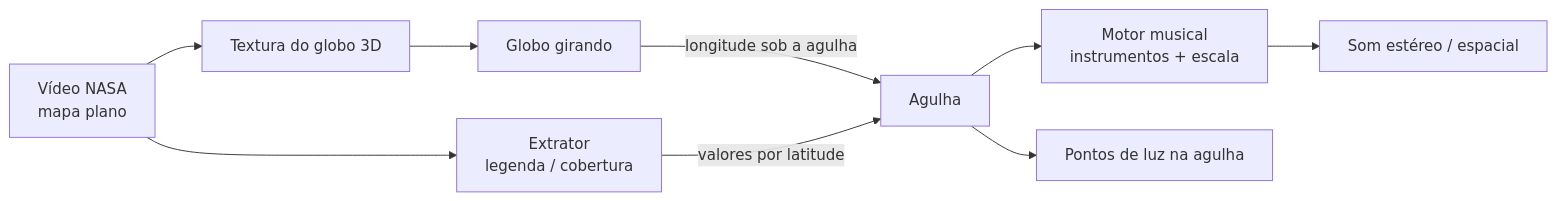
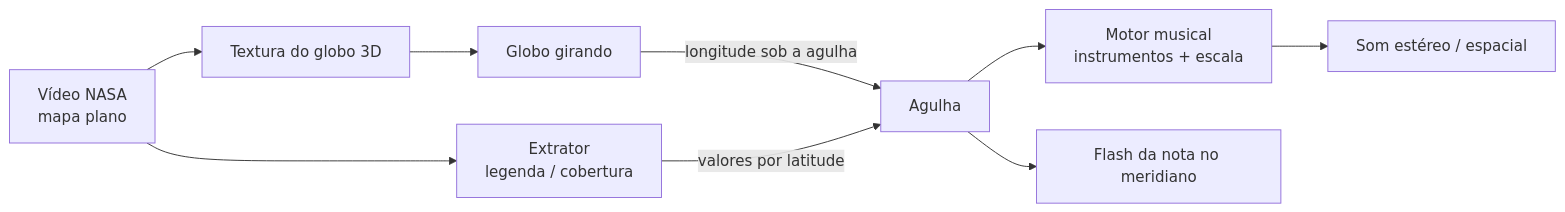
The diagram in docs/direcionamento.md (eluaden/earth-jukebox), drawn with Mermaid before and after one commit. The commit also changed other lines of this file and 31 other files, not shown here.

````diff
--- a/docs/direcionamento.md
+++ b/docs/direcionamento.md
@@ -23,11 +23,11 @@
 ```mermaid
 flowchart LR
   V[Vídeo NASA<br/>mapa plano] --> T[Textura do globo 3D]
   V --> X[Extrator<br/>legenda / cobertura]
   T --> G[Globo girando]
   G -->|longitude sob a agulha| A[Agulha]
   X -->|valores por latitude| A
   A --> S[Motor musical<br/>instrumentos + escala]
   S --> O[Som estéreo / espacial]
-  A --> L[Pontos de luz na agulha]
+  A --> L[Flash da nota no meridiano]
 ```
````
